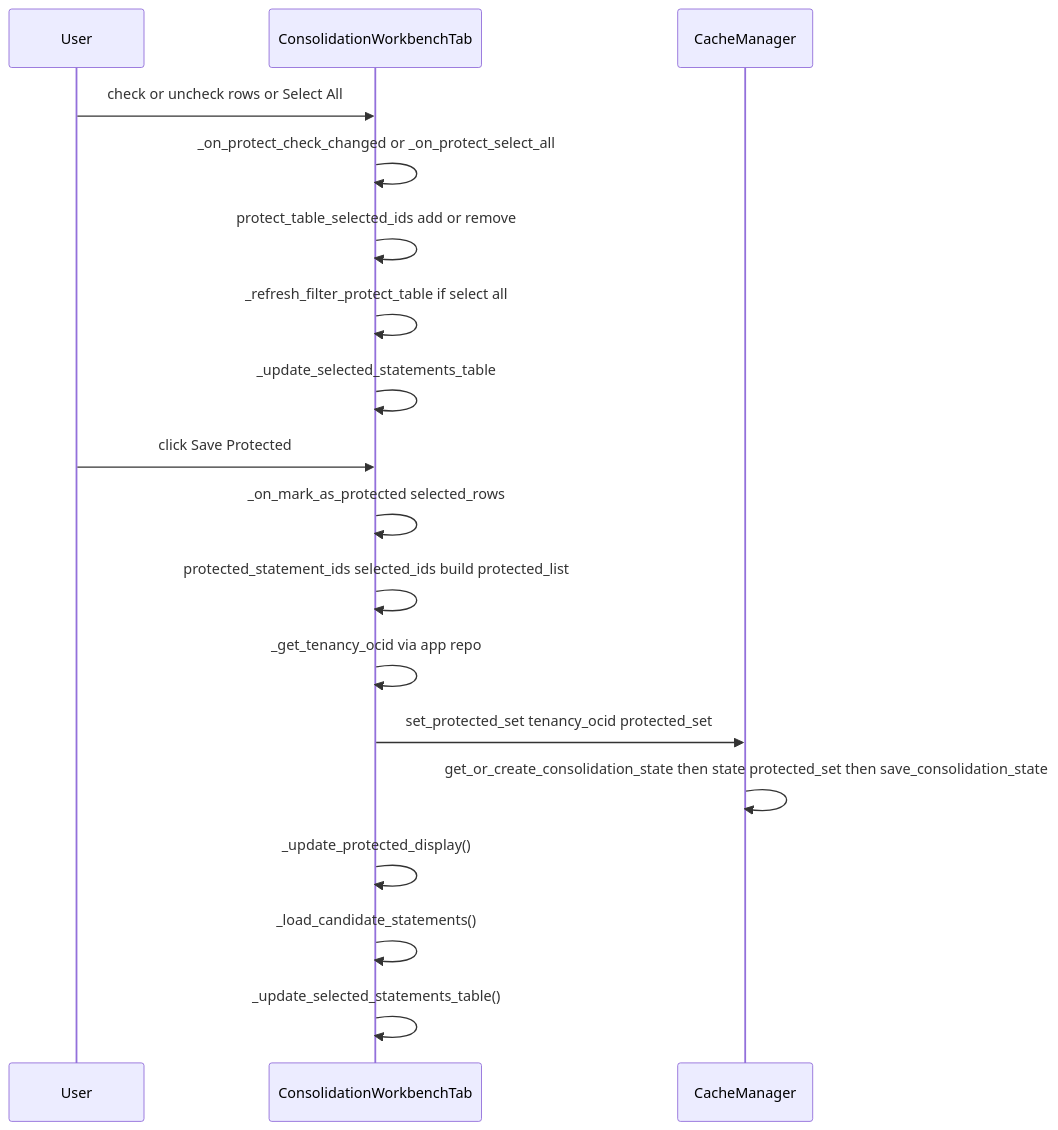
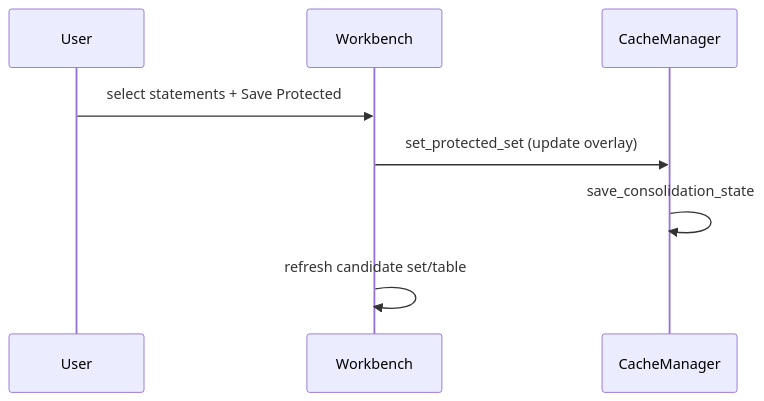
Before and after one commit to agregory999/oci-policy-analysis: diagram 11 of 12 in docs/context/project/CONTEXT_policy_consolidation.md, drawn with Mermaid. The commit also changed other lines of this file and 24 other files, not shown here.

````diff
--- a/docs/context/project/CONTEXT_policy_consolidation.md
+++ b/docs/context/project/CONTEXT_policy_consolidation.md
@@ -297,22 +420,11 @@
 ```mermaid
 sequenceDiagram
     participant User
-    participant Workbench as ConsolidationWorkbenchTab
+    participant Workbench
     participant Cache as CacheManager
 
-    User->>Workbench: check or uncheck rows or Select All
-    Workbench->>Workbench: _on_protect_check_changed or _on_protect_select_all
-    Workbench->>Workbench: protect_table_selected_ids add or remove
-    Workbench->>Workbench: _refresh_filter_protect_table if select all
-    Workbench->>Workbench: _update_selected_statements_table
-
-    User->>Workbench: click Save Protected
-    Workbench->>Workbench: _on_mark_as_protected selected_rows
-    Workbench->>Workbench: protected_statement_ids selected_ids build protected_list
-    Workbench->>Workbench: _get_tenancy_ocid via app repo
-    Workbench->>Cache: set_protected_set tenancy_ocid protected_set
-    Cache->>Cache: get_or_create_consolidation_state then state protected_set then save_consolidation_state
-    Workbench->>Workbench: _update_protected_display()
-    Workbench->>Workbench: _load_candidate_statements()
-    Workbench->>Workbench: _update_selected_statements_table()
+    User->>Workbench: select statements + Save Protected
+    Workbench->>Cache: set_protected_set (update overlay)
+    Cache->>Cache: save_consolidation_state
+    Workbench->>Workbench: refresh candidate set/table
 ```
````
